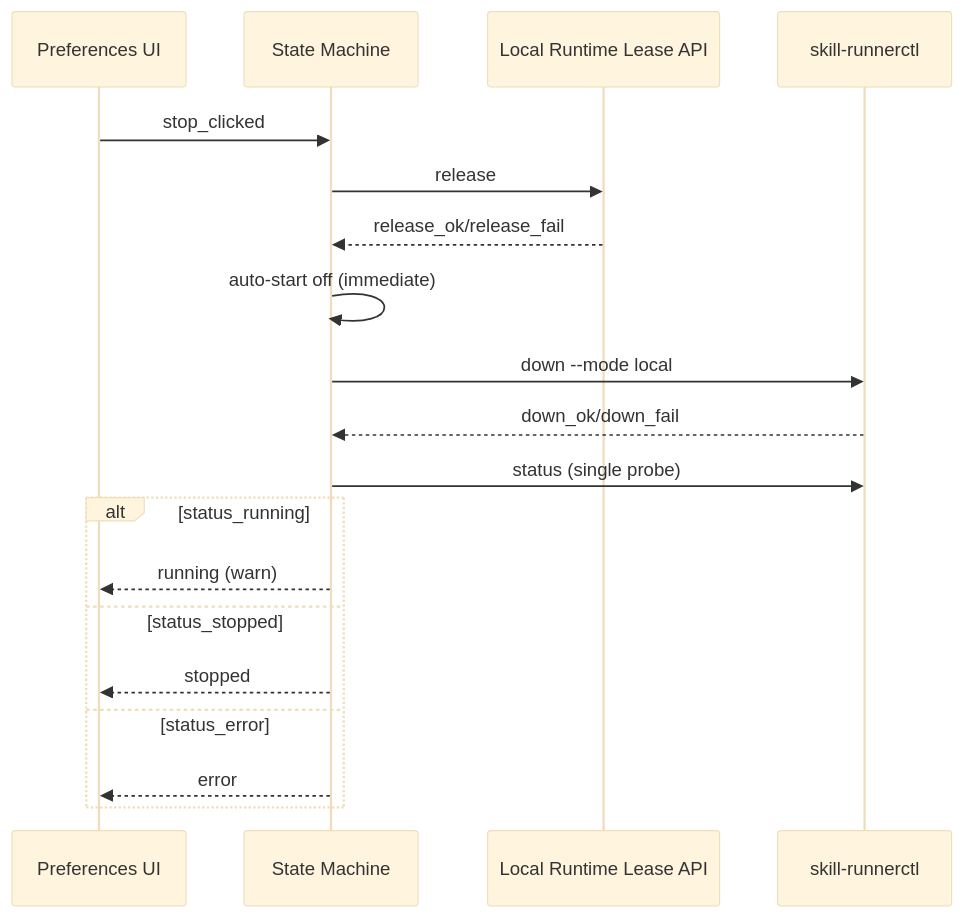
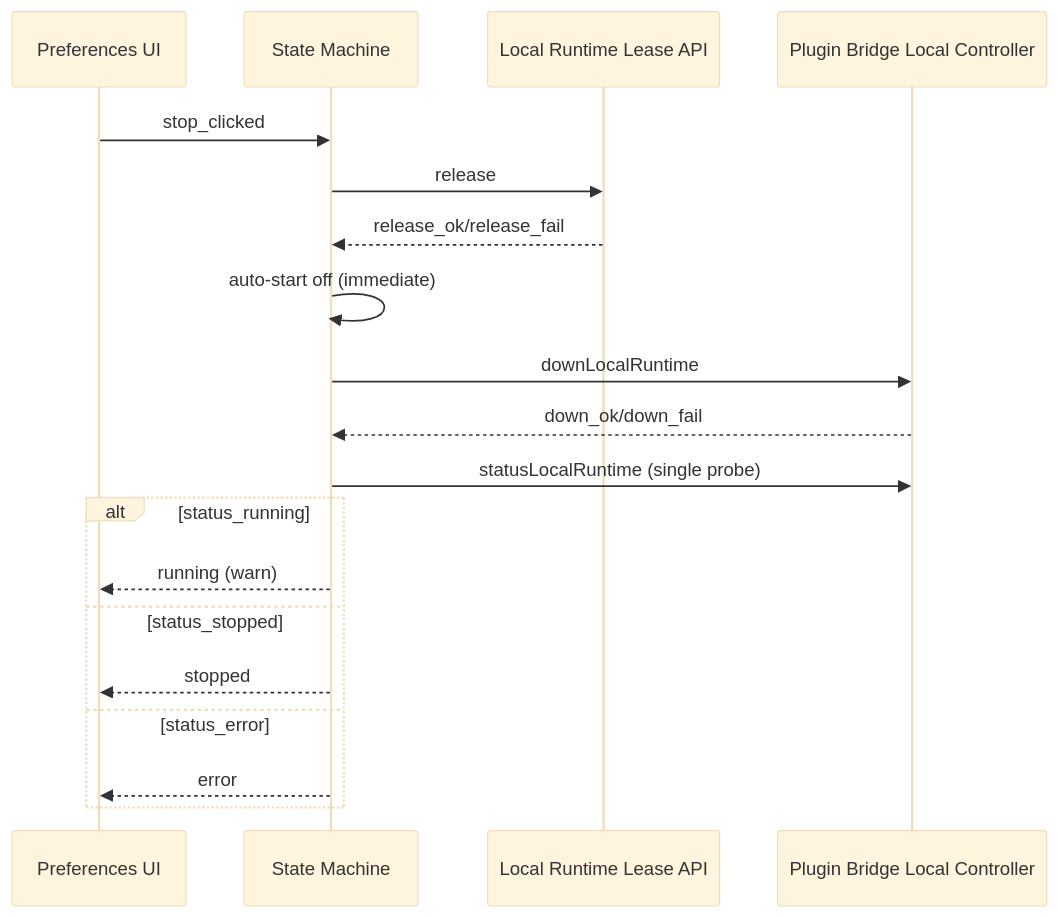
One commit to leike0813/Zotero-Skills changed the third of 6 diagrams in doc/components/skillrunner-local-runtime-oneclick-state-machine-ssot.md. Above: the diagram before and after it, drawn with Mermaid (base theme). The commit also changed other lines of this file and 15 other files, not shown here.

Commit message:
Migrate local backend control to plugin-side bridge component

````diff
--- a/doc/components/skillrunner-local-runtime-oneclick-state-machine-ssot.md
+++ b/doc/components/skillrunner-local-runtime-oneclick-state-machine-ssot.md
@@ -150,22 +152,22 @@
 ```mermaid
 sequenceDiagram
     participant UI as Preferences UI
     participant SM as State Machine
     participant Lease as Local Runtime Lease API
-    participant Ctl as skill-runnerctl
+    participant Bridge as Plugin Bridge Local Controller
 
     UI->>SM: stop_clicked
     SM->>Lease: release
     Lease-->>SM: release_ok/release_fail
     SM->>SM: auto-start off (immediate)
-    SM->>Ctl: down --mode local
-    Ctl-->>SM: down_ok/down_fail
-    SM->>Ctl: status (single probe)
+    SM->>Bridge: downLocalRuntime
+    Bridge-->>SM: down_ok/down_fail
+    SM->>Bridge: statusLocalRuntime (single probe)
     alt status_running
       SM-->>UI: running (warn)
     else status_stopped
       SM-->>UI: stopped
     else status_error
       SM-->>UI: error
     end
 ```
````
